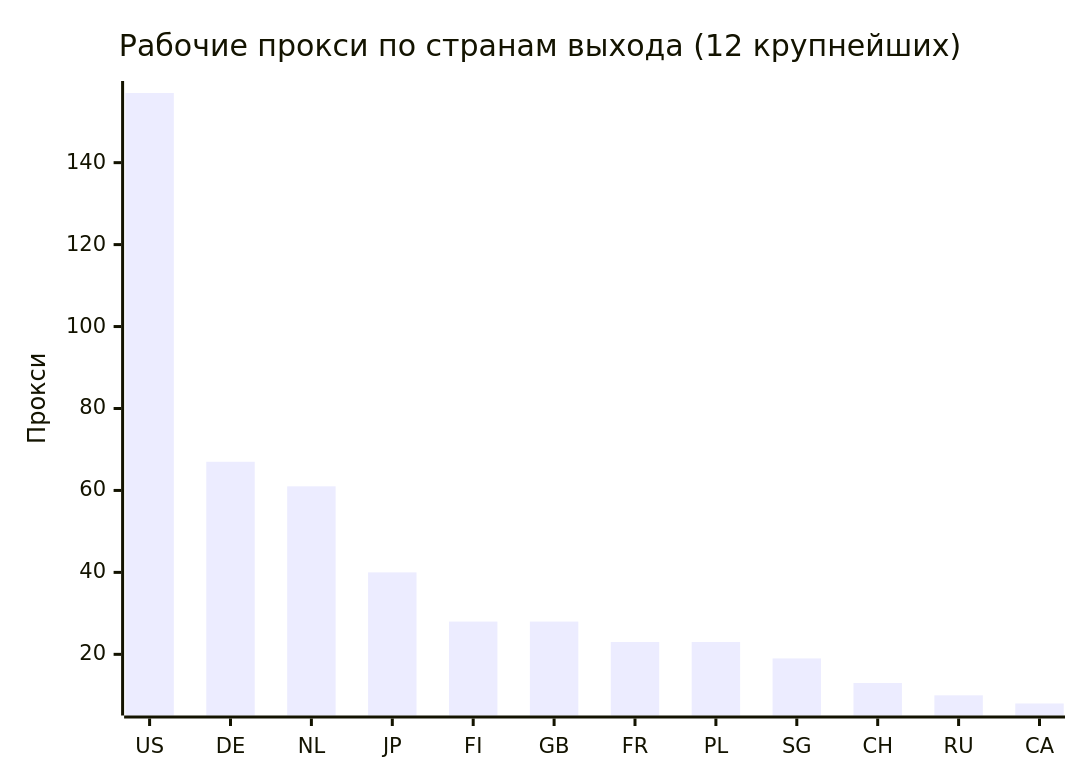
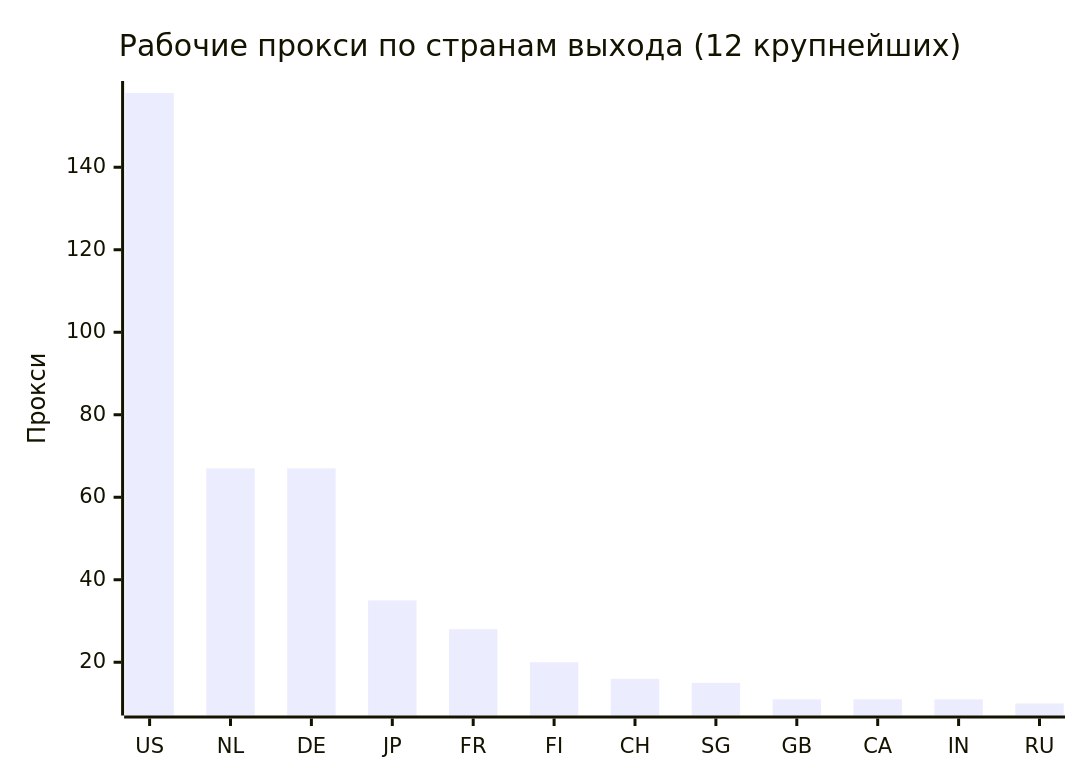
The second of 4 diagrams in README.md (rvvg/proxy-subs), drawn with Mermaid before and after one commit. The commit also changed other lines of this file and 50 other files, not shown here.

````diff
--- a/README.md
+++ b/README.md
@@ -129,7 +128,7 @@
 ```mermaid
 xychart-beta
     title "Рабочие прокси по странам выхода (12 крупнейших)"
-    x-axis ["US", "DE", "NL", "JP", "FI", "GB", "FR", "PL", "SG", "CH", "RU", "CA"]
+    x-axis ["US", "NL", "DE", "JP", "FR", "FI", "CH", "SG", "GB", "CA", "IN", "RU"]
     y-axis "Прокси"
-    bar [157, 67, 61, 40, 28, 28, 23, 23, 19, 13, 10, 8]
+    bar [158, 67, 67, 35, 28, 20, 16, 15, 11, 11, 11, 10]
 ```
````
